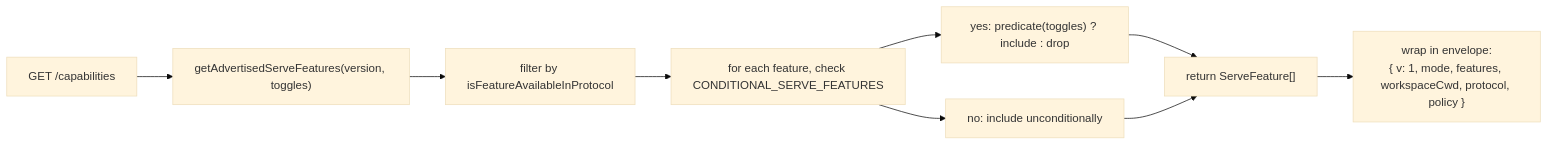
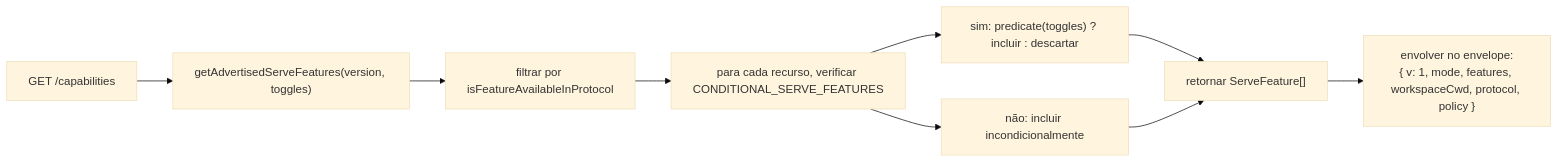
One commit to QwenLM/qwen-code-docs changed the first of 2 diagrams in website/content/pt-BR/developers/daemon/11-capabilities-versioning.md. Above: the diagram before and after it, drawn with Mermaid (base theme). The commit also changed other lines of this file and 162 other files, not shown here.

````diff
--- a/website/content/pt-BR/developers/daemon/11-capabilities-versioning.md
+++ b/website/content/pt-BR/developers/daemon/11-capabilities-versioning.md
@@ -118,11 +128,11 @@
 ```mermaid
 flowchart LR
     A["GET /capabilities"] --> B["getAdvertisedServeFeatures(version, toggles)"]
-    B --> C["filter by isFeatureAvailableInProtocol"]
-    C --> D["for each feature, check CONDITIONAL_SERVE_FEATURES"]
-    D --> E["yes: predicate(toggles) ? include : drop"]
-    D --> F["no: include unconditionally"]
-    E --> G["return ServeFeature[]"]
+    B --> C["filtrar por isFeatureAvailableInProtocol"]
+    C --> D["para cada recurso, verificar CONDITIONAL_SERVE_FEATURES"]
+    D --> E["sim: predicate(toggles) ? incluir : descartar"]
+    D --> F["não: incluir incondicionalmente"]
+    E --> G["retornar ServeFeature[]"]
     F --> G
-    G --> H["wrap in envelope:<br/>{ v: 1, mode, features, workspaceCwd, protocol, policy }"]
+    G --> H["envolver no envelope:<br/>{ v: 1, mode, features, workspaceCwd, protocol, policy }"]
 ```
````
